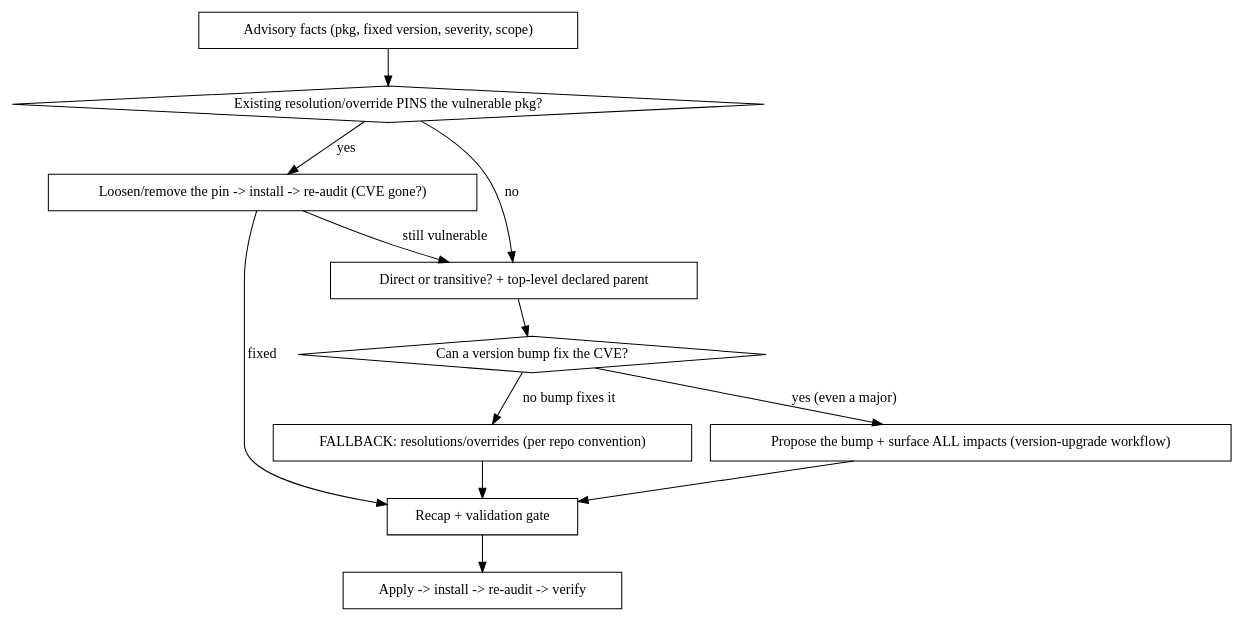
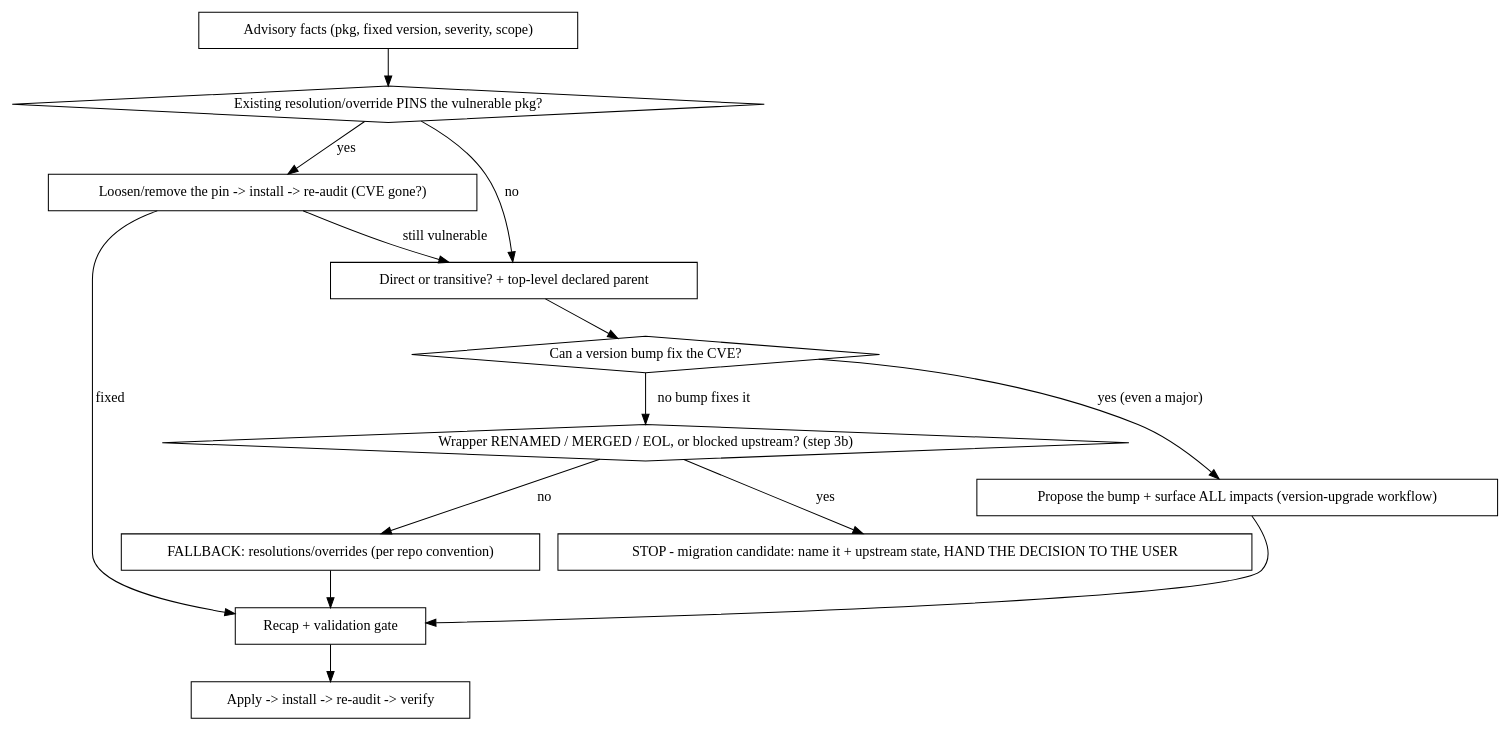
One commit to France-Travail/pass-emploi-tools changed the diagram in plugins/dependency-tools/skills/fix-cve/SKILL.md. Above: the diagram before and after it, drawn with Graphviz. The commit also changed other lines of this file and 4 other files, not shown here.

````diff
--- a/plugins/dependency-tools/skills/fix-cve/SKILL.md
+++ b/plugins/dependency-tools/skills/fix-cve/SKILL.md
@@ -22,25 +42,29 @@
 ```dot
 digraph fixcve {
   "Advisory facts (pkg, fixed version, severity, scope)" [shape=box];
   "Existing resolution/override PINS the vulnerable pkg?" [shape=diamond];
   "Loosen/remove the pin -> install -> re-audit (CVE gone?)" [shape=box];
   "Direct or transitive? + top-level declared parent" [shape=box];
   "Can a version bump fix the CVE?" [shape=diamond];
   "Propose the bump + surface ALL impacts (version-upgrade workflow)" [shape=box];
+  "Wrapper RENAMED / MERGED / EOL, or blocked upstream? (step 3b)" [shape=diamond];
+  "STOP - migration candidate: name it + upstream state, HAND THE DECISION TO THE USER" [shape=box];
   "FALLBACK: resolutions/overrides (per repo convention)" [shape=box];
   "Recap + validation gate" [shape=box];
   "Apply -> install -> re-audit -> verify" [shape=box];
 
   "Advisory facts (pkg, fixed version, severity, scope)" -> "Existing resolution/override PINS the vulnerable pkg?";
   "Existing resolution/override PINS the vulnerable pkg?" -> "Loosen/remove the pin -> install -> re-audit (CVE gone?)" [label="yes"];
   "Existing resolution/override PINS the vulnerable pkg?" -> "Direct or transitive? + top-level declared parent" [label="no"];
   "Loosen/remove the pin -> install -> re-audit (CVE gone?)" -> "Recap + validation gate" [label="fixed"];
   "Loosen/remove the pin -> install -> re-audit (CVE gone?)" -> "Direct or transitive? + top-level declared parent" [label="still vulnerable"];
   "Direct or transitive? + top-level declared parent" -> "Can a version bump fix the CVE?";
   "Can a version bump fix the CVE?" -> "Propose the bump + surface ALL impacts (version-upgrade workflow)" [label="yes (even a major)"];
-  "Can a version bump fix the CVE?" -> "FALLBACK: resolutions/overrides (per repo convention)" [label="no bump fixes it"];
+  "Can a version bump fix the CVE?" -> "Wrapper RENAMED / MERGED / EOL, or blocked upstream? (step 3b)" [label="no bump fixes it"];
+  "Wrapper RENAMED / MERGED / EOL, or blocked upstream? (step 3b)" -> "STOP - migration candidate: name it + upstream state, HAND THE DECISION TO THE USER" [label="yes"];
+  "Wrapper RENAMED / MERGED / EOL, or blocked upstream? (step 3b)" -> "FALLBACK: resolutions/overrides (per repo convention)" [label="no"];
   "Propose the bump + surface ALL impacts (version-upgrade workflow)" -> "Recap + validation gate";
   "FALLBACK: resolutions/overrides (per repo convention)" -> "Recap + validation gate";
   "Recap + validation gate" -> "Apply -> install -> re-audit -> verify";
 }
 ```
````
